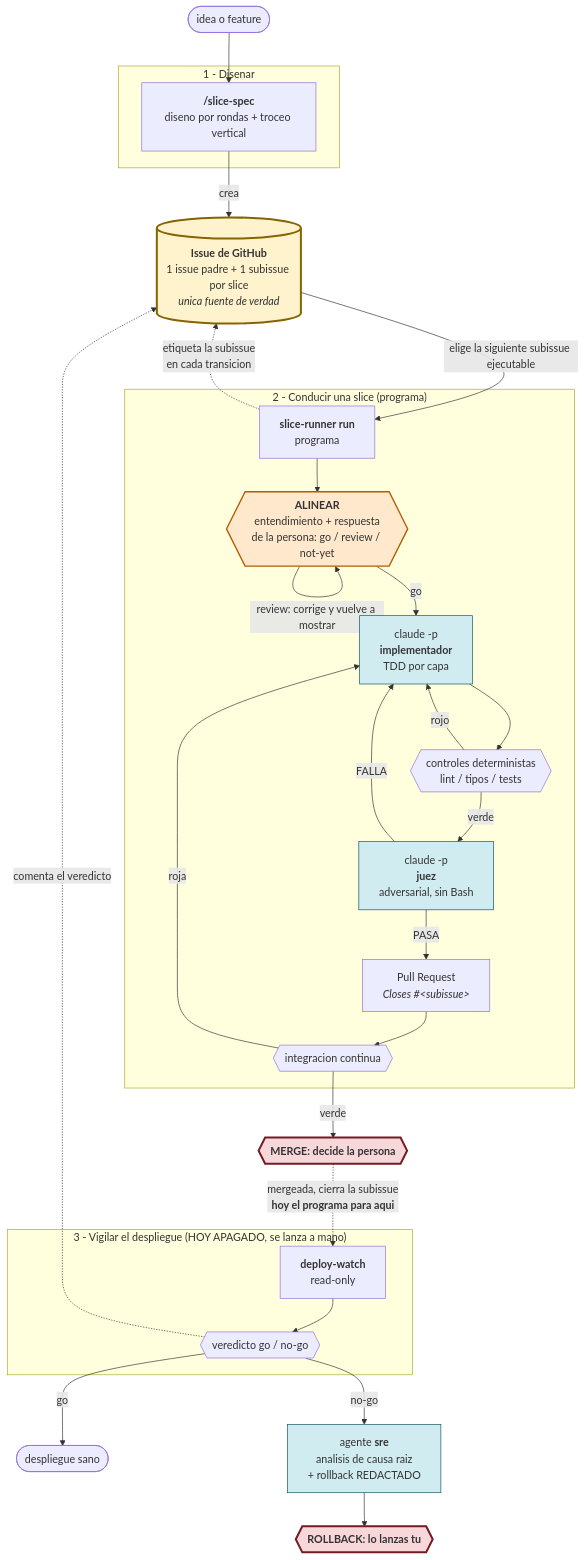
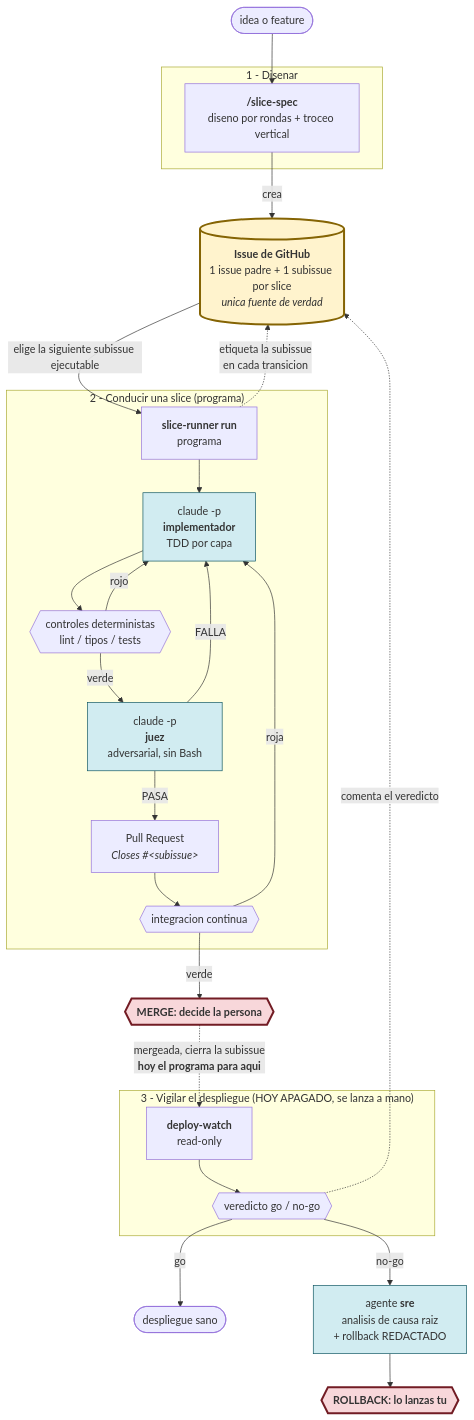
The diagram in README.md (alcaptar/agentic-skills), drawn with Mermaid before and after one commit. The commit also changed other lines of this file and 78 other files, not shown here.

````diff
--- a/README.md
+++ b/README.md
@@ -44,57 +44,53 @@
 ```mermaid
 flowchart TD
     idea([idea o feature]) --> spec
 
     subgraph spec_phase["1 - Disenar"]
         spec["<b>/slice-spec</b><br/>diseno por rondas + troceo vertical"]
     end
 
     spec -->|crea| issue[("<b>Issue de GitHub</b><br/>1 issue padre + 1 subissue por slice<br/><i>unica fuente de verdad</i>")]
 
     issue -->|"elige la siguiente subissue ejecutable"| runner
 
     subgraph runner_phase["2 - Conducir una slice (programa)"]
         runner["<b>slice-runner run</b><br/>programa"]
-        align{{"<b>ALINEAR</b><br/>entendimiento + respuesta<br/>de la persona: go / review / not-yet"}}
         impl["claude -p<br/><b>implementador</b><br/>TDD por capa"]
         ctrl{{"controles deterministas<br/>lint / tipos / tests"}}
         verif["claude -p<br/><b>juez</b><br/>adversarial, sin Bash"]
         pr["Pull Request<br/><i>Closes #&lt;subissue&gt;</i>"]
         ci{{"integracion continua"}}
 
-        runner --> align
-        align -->|"review: corrige y vuelve a mostrar"| align
-        align -->|go| impl --> ctrl
+        runner --> impl --> ctrl
         ctrl -->|rojo| impl
         ctrl -->|verde| verif
         verif -->|FALLA| impl
         verif -->|PASA| pr --> ci
         ci -->|roja| impl
     end
 
     ci -->|verde| gate1
 
     gate1{{"<b>MERGE: decide la persona</b>"}}
     gate1 -.->|"mergeada, cierra la subissue<br/><b>hoy el programa para aqui</b>"| watch
 
     subgraph watch_phase["3 - Vigilar el despliegue (HOY APAGADO, se lanza a mano)"]
         watch["<b>deploy-watch</b><br/>read-only"]
         core{{"veredicto go / no-go"}}
         watch --> core
     end
 
     core -->|go| ok([despliegue sano])
     core -->|no-go| rca["agente <b>sre</b><br/>analisis de causa raiz<br/>+ rollback REDACTADO"]
     rca --> gate2{{"<b>ROLLBACK: lo lanzas tu</b>"}}
 
     runner -.->|"etiqueta la subissue<br/>en cada transicion"| issue
     core -.->|"comenta el veredicto"| issue
 
     style issue fill:#fff3cd,stroke:#856404,stroke-width:3px
-    style align fill:#ffe8cc,stroke:#b35c00,stroke-width:2px
     style gate1 fill:#f8d7da,stroke:#721c24,stroke-width:3px
     style gate2 fill:#f8d7da,stroke:#721c24,stroke-width:3px
     style verif fill:#d1ecf1,stroke:#0c5460
     style impl fill:#d1ecf1,stroke:#0c5460
     style rca fill:#d1ecf1,stroke:#0c5460
 ```
````
